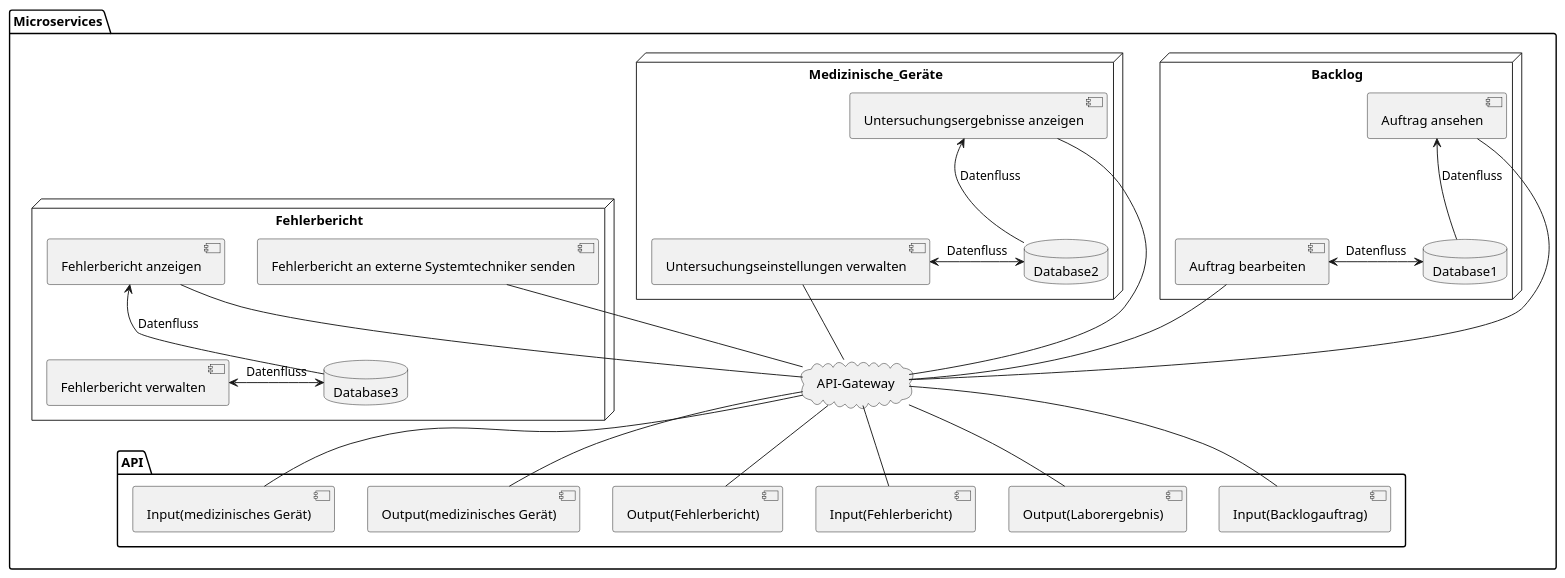
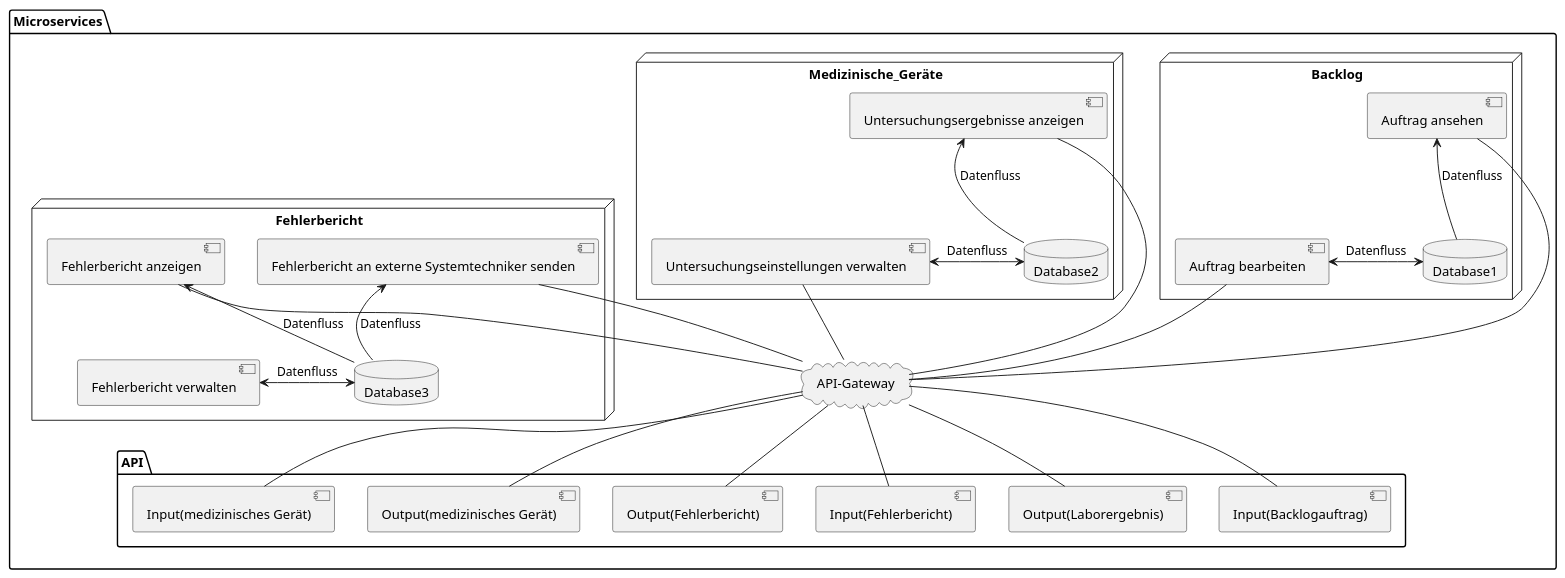
One commit to fh-erfurt/ss23-kba-project changed the first of 3 diagrams in docs/5_systemarchitectur/Systemarchitectur.md. Above: the diagram before and after it, drawn with PlantUML.

````diff
--- a/docs/5_systemarchitectur/Systemarchitectur.md
+++ b/docs/5_systemarchitectur/Systemarchitectur.md
@@ -76,66 +76,67 @@
 ```plantuml Microservices 
 @startuml
 
 package "Microservices" {
   node "Backlog" {
     [Auftrag bearbeiten]
     [Auftrag ansehen]
 
     database "Database1"{
       [Auftrag ansehen] <-- Database1 : Datenfluss
       [Auftrag bearbeiten] <-> Database1: Datenfluss
     }
   }
 
   node "Medizinische_Geräte" {
     [Untersuchungsergebnisse anzeigen]
     [Untersuchungseinstellungen verwalten]
 
     database "Database2"{
       [Untersuchungsergebnisse anzeigen] <-- Database2 : Datenfluss
       [Untersuchungseinstellungen verwalten] <-> Database2 : Datenfluss
     }
   }
 
   node "Fehlerbericht"{
     [Fehlerbericht verwalten]
     [Fehlerbericht anzeigen]
     [Fehlerbericht an externe Systemtechniker senden]
 
     database "Database3"{
       [Fehlerbericht anzeigen] <-- Database3 : Datenfluss
+      [Fehlerbericht an externe Systemtechniker senden] <-- Database3 : Datenfluss
       [Fehlerbericht verwalten] <-> Database3 : Datenfluss
     }
   }
 
   cloud "API-Gateway"
 
   package "API"{
     [Input(medizinisches Gerät)]
     [Output(medizinisches Gerät)]
     [Output(Fehlerbericht)]
     [Input(Fehlerbericht)]
     [Output(Laborergebnis)]
     [Input(Backlogauftrag)]
   }
 }
 
 
 [Untersuchungsergebnisse anzeigen] -down- "API-Gateway"
 [Untersuchungseinstellungen verwalten] -down- "API-Gateway"
 [Fehlerbericht anzeigen] -down- "API-Gateway"
 [Fehlerbericht an externe Systemtechniker senden] -down- "API-Gateway"
 [Auftrag bearbeiten] -down- "API-Gateway"
 [Auftrag ansehen] -down- "API-Gateway"
 
 "API-Gateway" -- [Input(medizinisches Gerät)]
 "API-Gateway" -- [Output(medizinisches Gerät)]
 "API-Gateway" -- [Output(Fehlerbericht)]
 "API-Gateway" -- [Input(Fehlerbericht)]
 "API-Gateway" -- [Output(Laborergebnis)]
 "API-Gateway" -- [Input(Backlogauftrag)]
 
 
 
 @enduml
 ```
````
